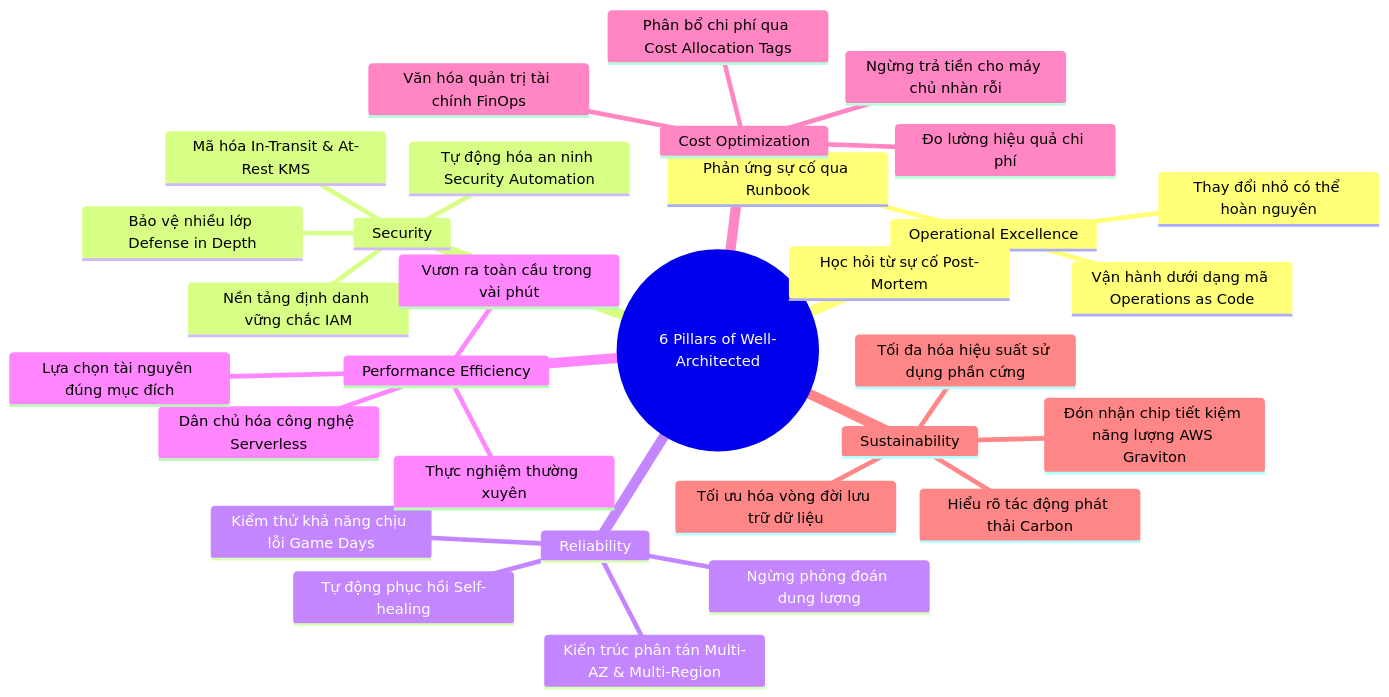
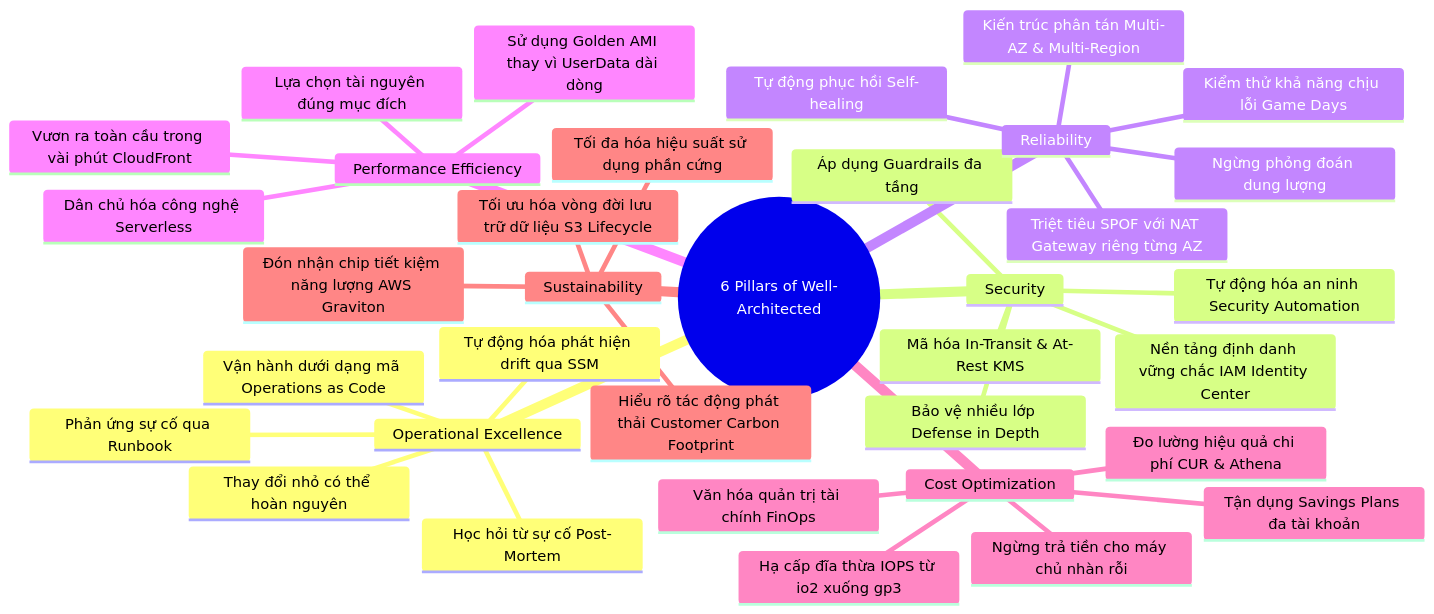
The first of 3 diagrams in AWS_Services/AWS_Well_Architected_Framework.md (nhatphanhk/AWS_XBrain_Note), drawn with Mermaid before and after one commit. The commit also changed other lines of this file and 20 other files, not shown here.

````diff
--- a/AWS_Services/AWS_Well_Architected_Framework.md
+++ b/AWS_Services/AWS_Well_Architected_Framework.md
@@ -27,34 +25,38 @@
 ```mermaid
 mindmap
   root((6 Pillars of Well-Architected))
     Operational Excellence
       Vận hành dưới dạng mã Operations as Code
       Thay đổi nhỏ có thể hoàn nguyên
       Phản ứng sự cố qua Runbook
       Học hỏi từ sự cố Post-Mortem
+      Tự động hóa phát hiện drift qua SSM
     Security
-      Nền tảng định danh vững chắc IAM
+      Nền tảng định danh vững chắc IAM Identity Center
       Bảo vệ nhiều lớp Defense in Depth
       Mã hóa In-Transit & At-Rest KMS
       Tự động hóa an ninh Security Automation
+      Áp dụng Guardrails đa tầng
     Reliability
       Tự động phục hồi Self-healing
       Ngừng phỏng đoán dung lượng
       Kiểm thử khả năng chịu lỗi Game Days
       Kiến trúc phân tán Multi-AZ & Multi-Region
+      Triệt tiêu SPOF với NAT Gateway riêng từng AZ
     Performance Efficiency
       Dân chủ hóa công nghệ Serverless
-      Vươn ra toàn cầu trong vài phút
+      Vươn ra toàn cầu trong vài phút CloudFront
       Lựa chọn tài nguyên đúng mục đích
-      Thực nghiệm thường xuyên
+      Sử dụng Golden AMI thay vì UserData dài dòng
     Cost Optimization
       Văn hóa quản trị tài chính FinOps
-      Đo lường hiệu quả chi phí
+      Đo lường hiệu quả chi phí CUR & Athena
       Ngừng trả tiền cho máy chủ nhàn rỗi
-      Phân bổ chi phí qua Cost Allocation Tags
+      Tận dụng Savings Plans đa tài khoản
+      Hạ cấp đĩa thừa IOPS từ io2 xuống gp3
     Sustainability
-      Hiểu rõ tác động phát thải Carbon
+      Hiểu rõ tác động phát thải Customer Carbon Footprint
       Tối đa hóa hiệu suất sử dụng phần cứng
       Đón nhận chip tiết kiệm năng lượng AWS Graviton
-      Tối ưu hóa vòng đời lưu trữ dữ liệu
+      Tối ưu hóa vòng đời lưu trữ dữ liệu S3 Lifecycle
 ```
````
